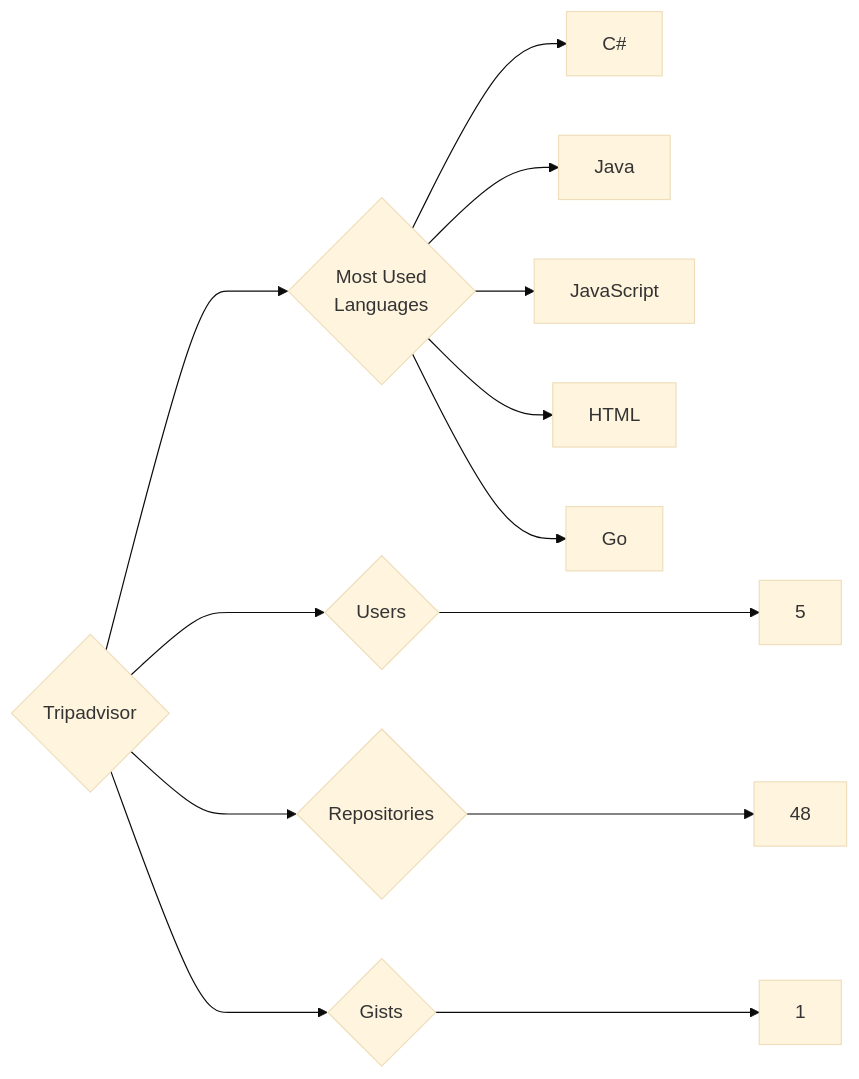
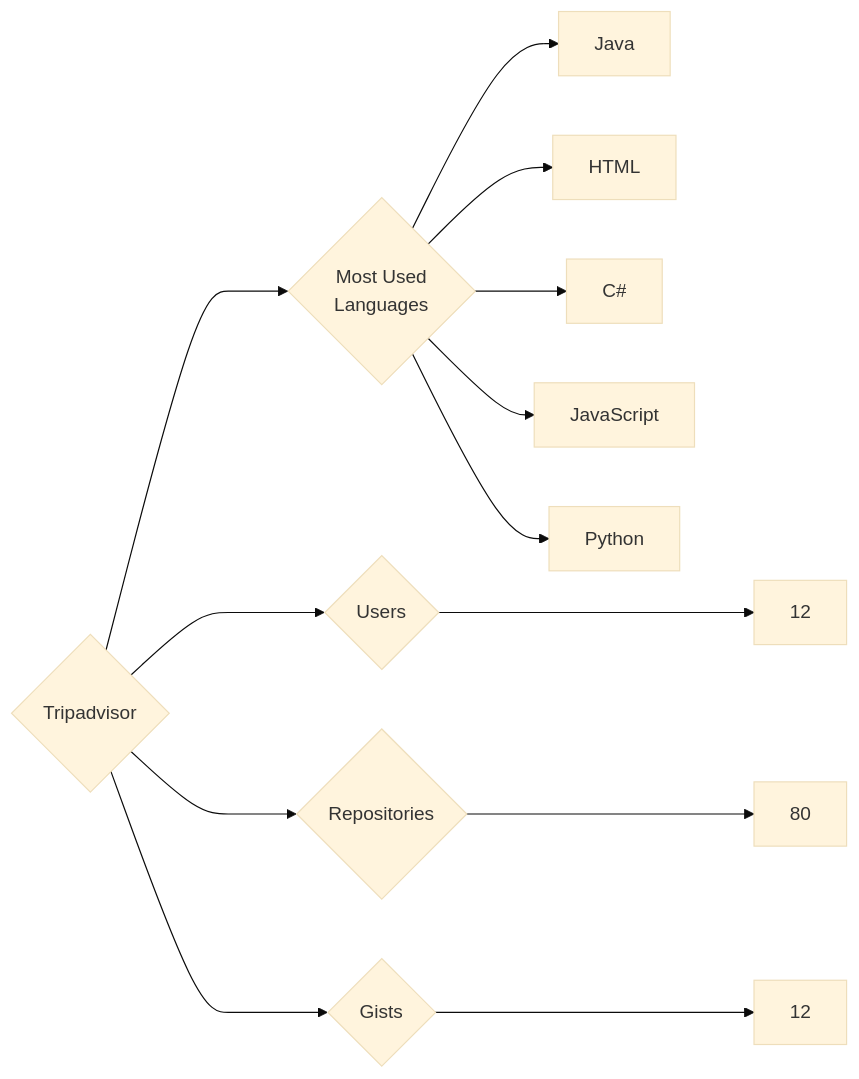
Before and after one commit to trickest/insiders: the diagram in targets/Tripadvisor/README.md, drawn with Mermaid (base theme). The commit also changed 928 other files, not shown here.

````diff
--- a/targets/Tripadvisor/README.md
+++ b/targets/Tripadvisor/README.md
@@ -3,13 +3,13 @@
 ```mermaid
 graph LR
 COMPANY_NAME{Tripadvisor}
-COMPANY_NAME ---> U{Users} ---> UN[5]
-COMPANY_NAME ---> R{Repositories} ---> RN[48]
-COMPANY_NAME ---> G{Gists} ---> GN[1]
+COMPANY_NAME ---> U{Users} ---> UN[12]
+COMPANY_NAME ---> R{Repositories} ---> RN[80]
+COMPANY_NAME ---> G{Gists} ---> GN[12]
 COMPANY_NAME ---> ML{Most Used<br>Languages}
+ML --> Java[Java]
+ML --> HTML[HTML]
 ML --> C#[C#]
-ML --> Java[Java]
 ML --> JavaScript[JavaScript]
-ML --> HTML[HTML]
-ML --> Go[Go]
+ML --> Python[Python]
 ```
````
